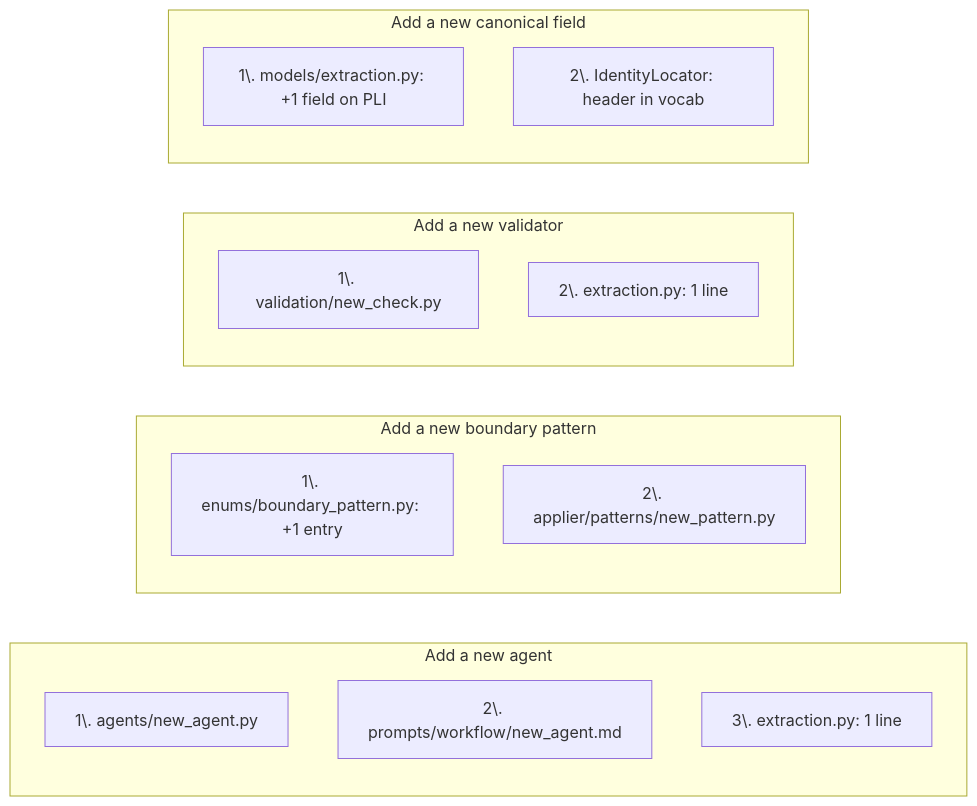
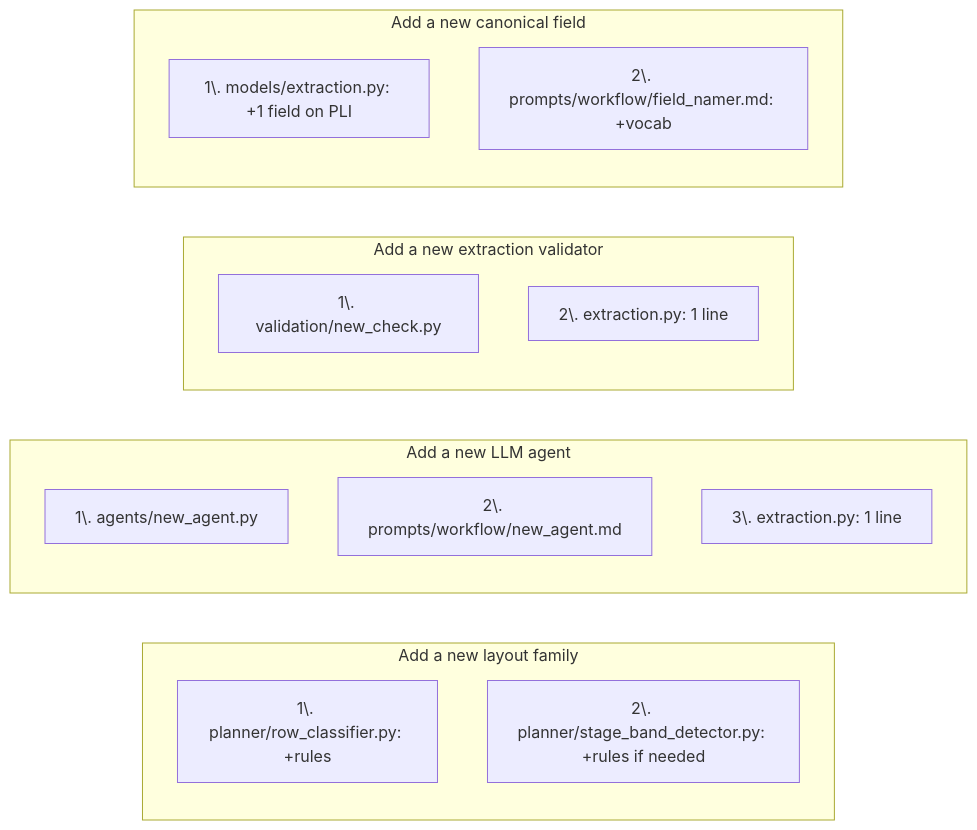
The ninth of 9 diagrams in ARCHITECTURE.md (DAITA-Labs/tna-service), drawn with Mermaid before and after one commit. The commit also changed other lines of this file, not shown here.

First line of the commit message:
docs(architecture): rewrite for SheetRowPlanner pipeline

````diff
--- a/ARCHITECTURE.md
+++ b/ARCHITECTURE.md
@@ -529,23 +579,23 @@
 ```mermaid
 flowchart LR
-    subgraph AGENTS["Add a new agent"]
+    subgraph LAYOUT["Add a new layout family"]
+      L1[1\. planner/row_classifier.py: +rules]
+      L2[2\. planner/stage_band_detector.py: +rules if needed]
+    end
+
+    subgraph AGENTS["Add a new LLM agent"]
       A1[1\. agents/new_agent.py]
       A2[2\. prompts/workflow/new_agent.md]
       A3[3\. extraction.py: 1 line]
     end
 
-    subgraph PATTERNS["Add a new boundary pattern"]
-      P1[1\. enums/boundary_pattern.py: +1 entry]
-      P2[2\. applier/patterns/new_pattern.py]
-    end
-
-    subgraph VALIDATORS["Add a new validator"]
+    subgraph VALIDATORS["Add a new extraction validator"]
       V1[1\. validation/new_check.py]
       V2[2\. extraction.py: 1 line]
     end
 
     subgraph FIELDS["Add a new canonical field"]
       F1[1\. models/extraction.py: +1 field on PLI]
-      F2[2\. IdentityLocator: header in vocab]
+      F2[2\. prompts/workflow/field_namer.md: +vocab]
     end
 ```
````
